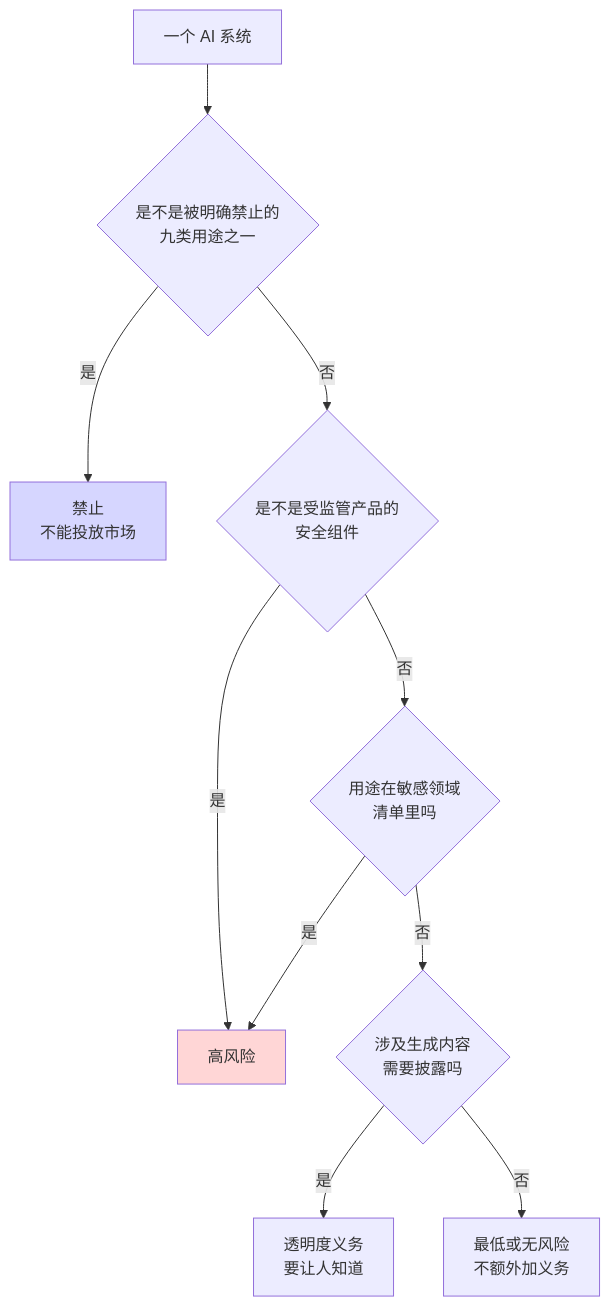
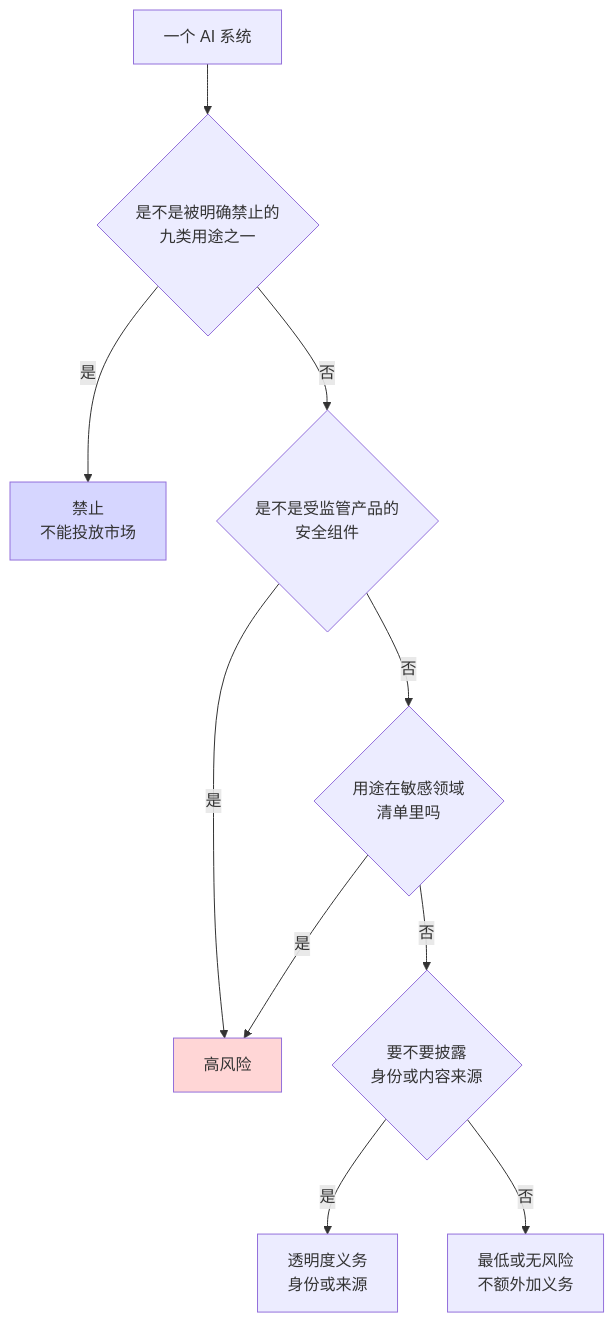
One commit to Laughingtt/agentkit changed the third of 3 diagrams in part-6-工业落地/ch33-合规与标准.md. Above: the diagram before and after it, drawn with Mermaid. The commit also changed other lines of this file, not shown here.

````diff
--- a/part-6-工业落地/ch33-合规与标准.md
+++ b/part-6-工业落地/ch33-合规与标准.md
@@ -130,14 +130,14 @@
 ```mermaid
 graph TD
     S["一个 AI 系统"] --> Q1{"是不是被明确禁止的<br/>九类用途之一"}
     Q1 -->|是| X1["禁止<br/>不能投放市场"]
     Q1 -->|否| Q2{"是不是受监管产品的<br/>安全组件"}
     Q2 -->|是| HIGH["高风险"]
     Q2 -->|否| Q3{"用途在敏感领域<br/>清单里吗"}
     Q3 -->|是| HIGH
-    Q3 -->|否| Q4{"涉及生成内容<br/>需要披露吗"}
-    Q4 -->|是| TRANS["透明度义务<br/>要让人知道"]
+    Q3 -->|否| Q4{"要不要披露<br/>身份或内容来源"}
+    Q4 -->|是| TRANS["透明度义务<br/>身份或来源"]
     Q4 -->|否| MIN["最低或无风险<br/>不额外加义务"]
     style HIGH fill:#ffd6d6
     style X1 fill:#d6d6ff
 ```
````
